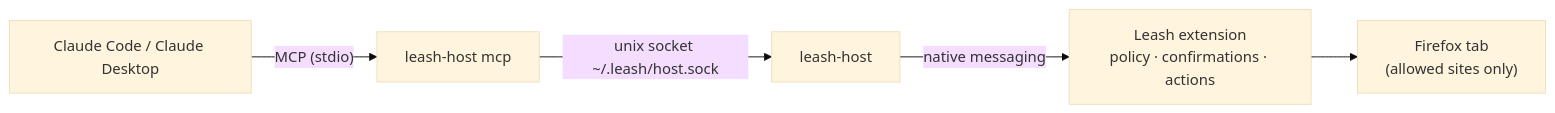
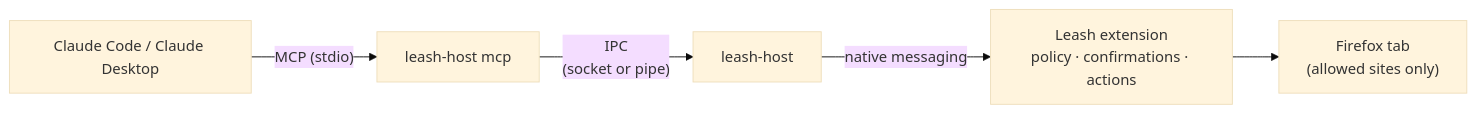
The diagram in README.md (Kirusshenkin/Leash), drawn with Mermaid (base theme) before and after one commit. The commit also changed other lines of this file and 10 other files, not shown here.

First line of the commit message:
Add Windows support for leash-host bridge

````diff
--- a/README.md
+++ b/README.md
@@ -45,7 +45,7 @@
 ```mermaid
 flowchart LR
     C["Claude Code / Claude Desktop"] -- "MCP (stdio)" --> M["leash-host mcp"]
-    M -- "unix socket ~/.leash/host.sock" --> H["leash-host"]
+    M -- "IPC<br/>(socket or pipe)" --> H["leash-host"]
     H -- "native messaging" --> E["Leash extension<br/>policy · confirmations · actions"]
     E --> T["Firefox tab<br/>(allowed sites only)"]
 ```
````
